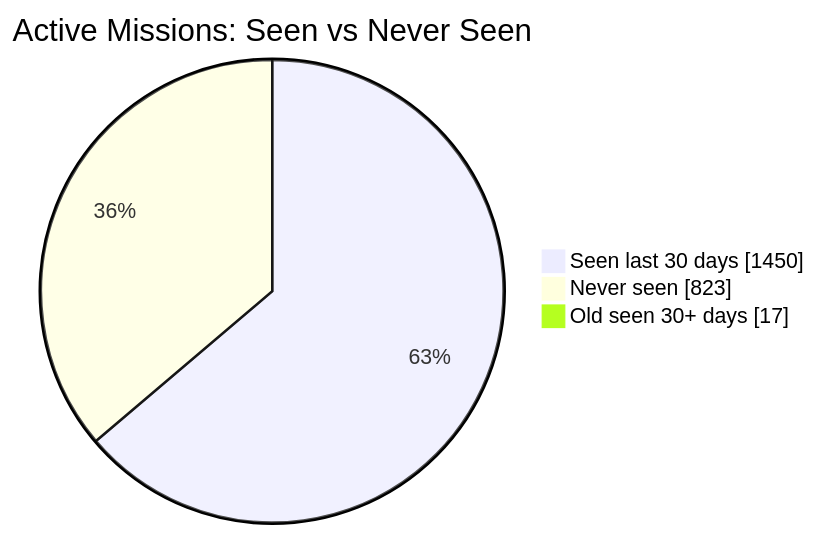
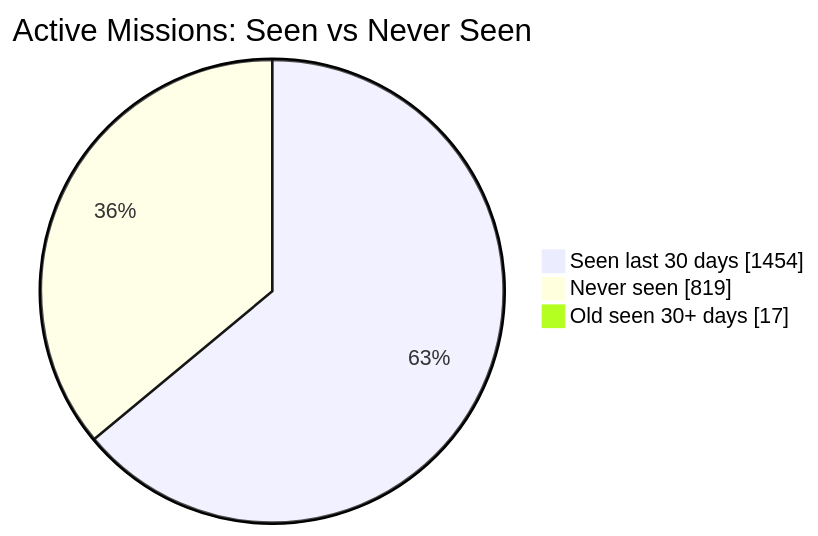
Before and after one commit to MeldkamerspelGameTeam/active-missions: the first of 2 diagrams in README.md, drawn with Mermaid. The commit also changed other lines of this file and 2 other files, not shown here.

````diff
--- a/README.md
+++ b/README.md
@@ -34,7 +34,7 @@
 ```mermaid
 pie showData
     title Active Missions: Seen vs Never Seen
-    "Seen last 30 days" : 1450
-    "Never seen" : 823
+    "Seen last 30 days" : 1454
+    "Never seen" : 819
     "Old seen 30+ days" : 17
 ```
````
